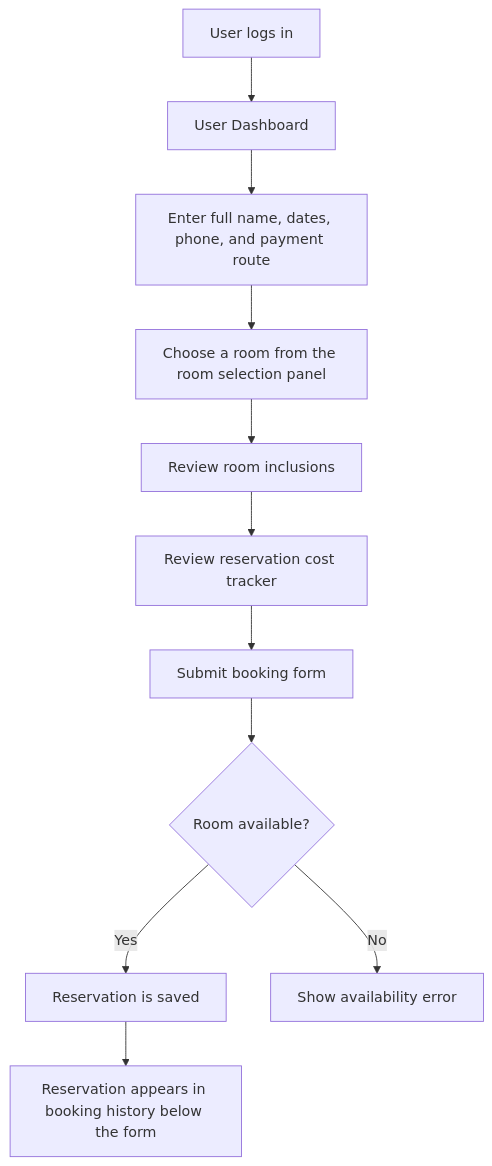
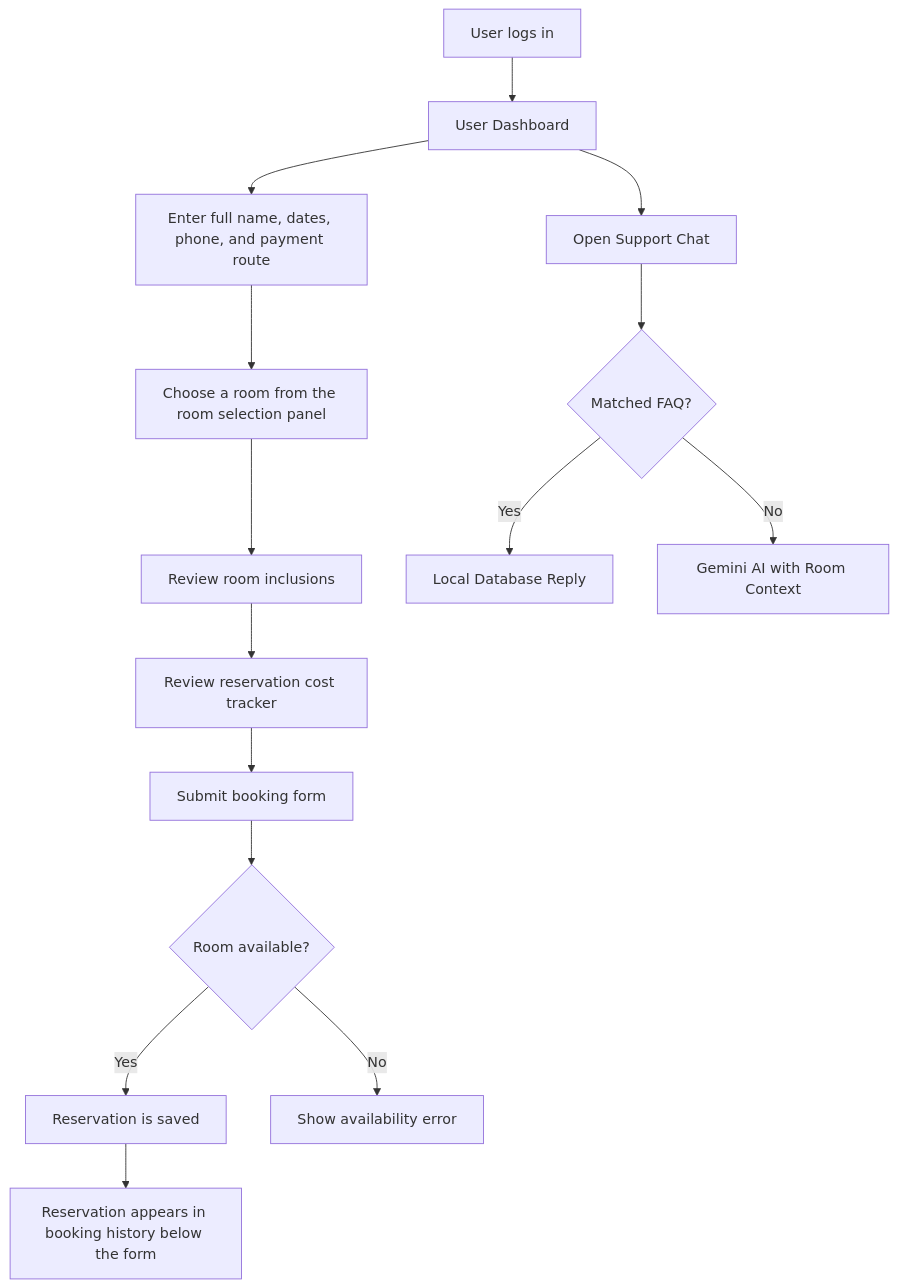
Before and after one commit to WizardOfXerox/Emperor-Hotel: the third of 4 diagrams in docs/website-flowchart.md, drawn with Mermaid. The commit also changed other lines of this file and 8 other files, not shown here.

````diff
--- a/docs/website-flowchart.md
+++ b/docs/website-flowchart.md
@@ -91,13 +98,17 @@
 ```mermaid
 flowchart TD
     A[User logs in] --> B[User Dashboard]
     B --> C[Enter full name, dates, phone, and payment route]
     C --> C1[Choose a room from the room selection panel]
     C1 --> D[Review room inclusions]
     D --> D1[Review reservation cost tracker]
     D1 --> E[Submit booking form]
     E --> F{Room available?}
     F -->|Yes| G[Reservation is saved]
     F -->|No| H[Show availability error]
     G --> I[Reservation appears in booking history below the form]
+    B --> J[Open Support Chat]
+    J --> K{Matched FAQ?}
+    K -->|Yes| L[Local Database Reply]
+    K -->|No| M[Gemini AI with Room Context]
 ```
````
